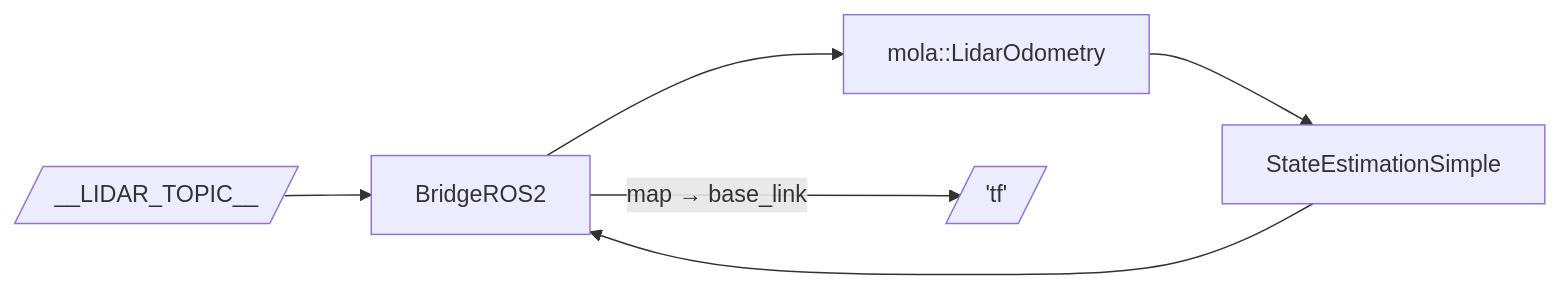
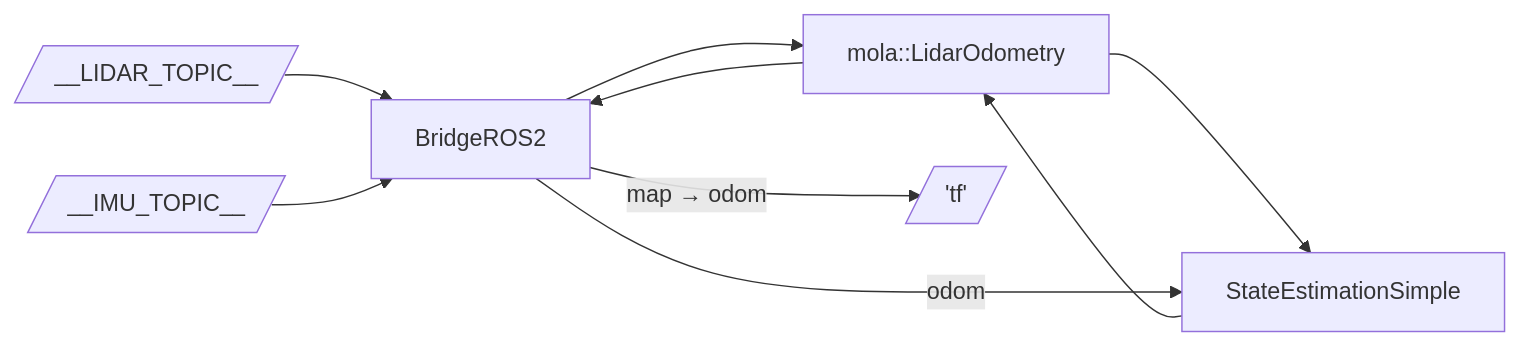
The third of 12 diagrams in docs/source/mola_ros2_configurations.rst (MOLAorg/mola), drawn with Mermaid before and after one commit. The commit also changed other lines of this file and 1 other file, not shown here.

```diff
--- a/docs/source/mola_ros2_configurations.rst
+++ b/docs/source/mola_ros2_configurations.rst
@@ -223,8 +206,11 @@
-.. mermaid::
+   .. mermaid::
 
-   flowchart LR
-     lidar[/"__LIDAR_TOPIC__"/] --> bridge[BridgeROS2]
-     bridge --> lo[mola::LidarOdometry]
-     lo --> se[StateEstimationSimple]
-     se --> bridge
-     bridge -->|map → base_link| tfout[/'tf'/]
+      flowchart LR
+        lidar[/"__LIDAR_TOPIC__"/] --> bridge[BridgeROS2]
+        imu[/"__IMU_TOPIC__"/] --> bridge
+        bridge --> lo[mola::LidarOdometry]
+        lo --> bridge
+        lo --> se[StateEstimationSimple]
+        se --> lo
+        bridge -->|map → odom| tfout[/'tf'/]
+        bridge -->|odom| se
```
